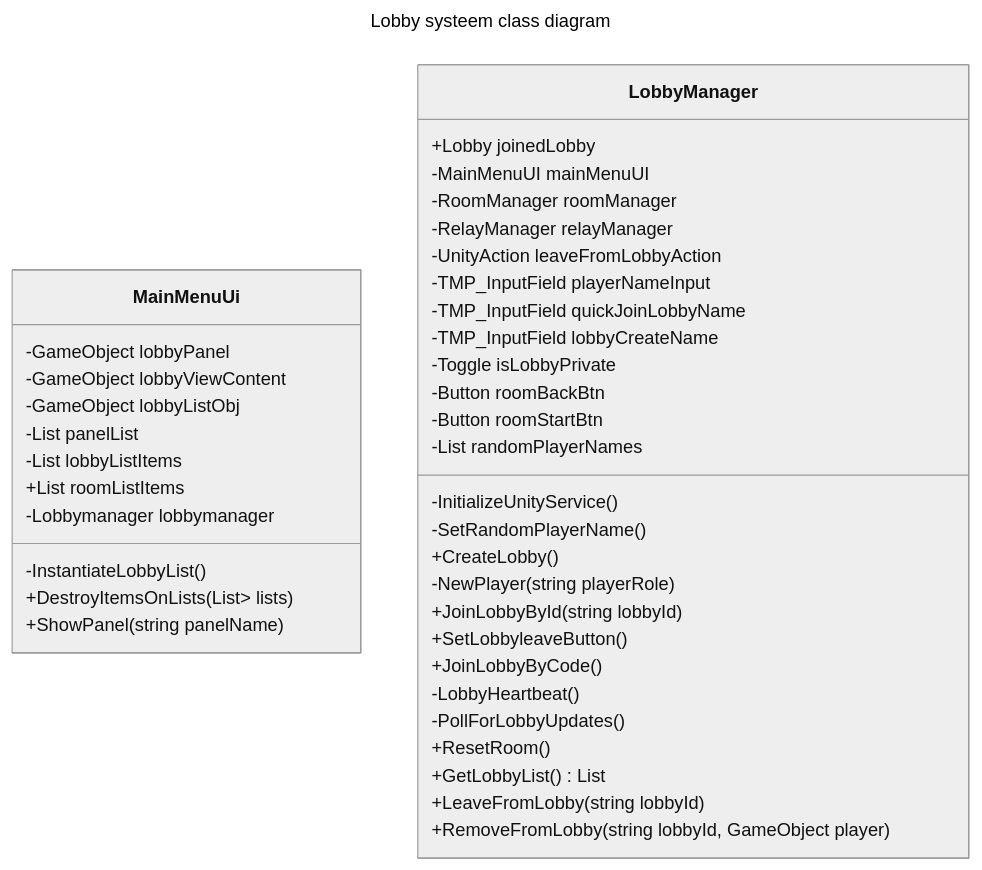
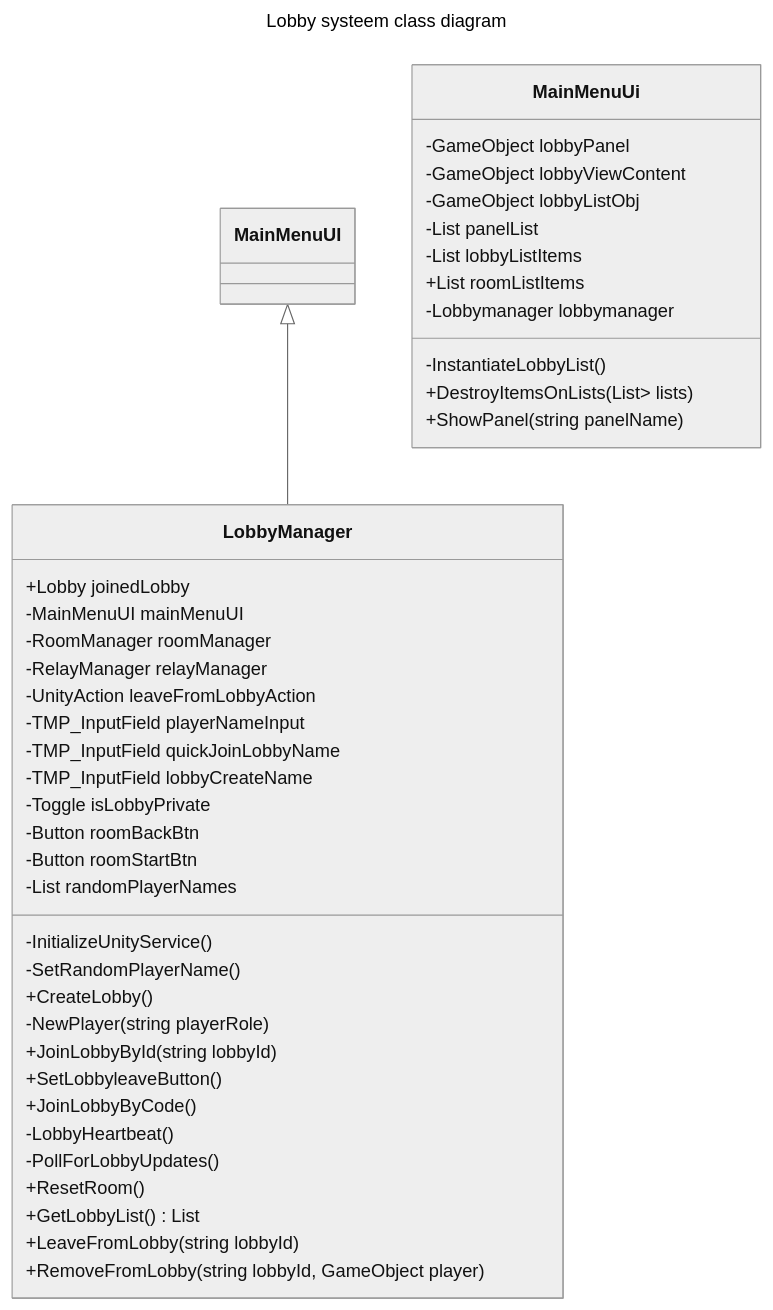
The third of 4 diagrams in README.md (T3rabyte/Examen), drawn with Mermaid (neutral theme) before and after one commit.

````diff
--- a/README.md
+++ b/README.md
@@ -68,45 +68,46 @@
 ```mermaid
 ---
 title: Lobby systeem class diagram
 ---
 classDiagram
+    MainMenuUI <|-- LobbyManager
     class MainMenuUi{
         -GameObject lobbyPanel
         -GameObject lobbyViewContent
         -GameObject lobbyListObj
         -List<GameObject> panelList
         -List<GameObject> lobbyListItems
         +List<GameObject> roomListItems
         -Lobbymanager lobbymanager
         -InstantiateLobbyList()
         +DestroyItemsOnLists(List<List<GameObjects>> lists)
         +ShowPanel(string panelName)
     }
     class LobbyManager{
         +Lobby joinedLobby
         -MainMenuUI mainMenuUI
         -RoomManager roomManager
         -RelayManager relayManager
         -UnityAction leaveFromLobbyAction
         -TMP_InputField playerNameInput
         -TMP_InputField quickJoinLobbyName
         -TMP_InputField lobbyCreateName
         -Toggle isLobbyPrivate
         -Button roomBackBtn
         -Button roomStartBtn
         -List<string> randomPlayerNames
         -InitializeUnityService()
         -SetRandomPlayerName()
         +CreateLobby()
         -NewPlayer(string playerRole)
         +JoinLobbyById(string lobbyId)
         +SetLobbyleaveButton()
         +JoinLobbyByCode()
         -LobbyHeartbeat()
         -PollForLobbyUpdates()
         +ResetRoom()
         +GetLobbyList() List<Lobby>
         +LeaveFromLobby(string lobbyId)
         +RemoveFromLobby(string lobbyId, GameObject player) 
     }
 ```
````
